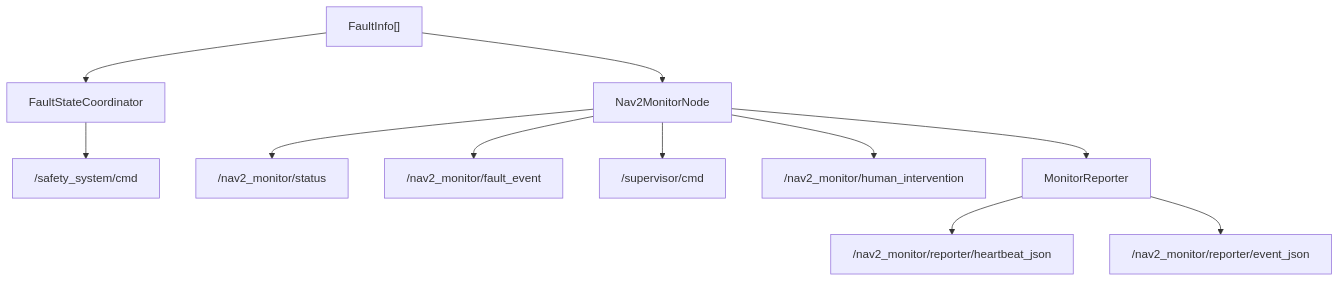
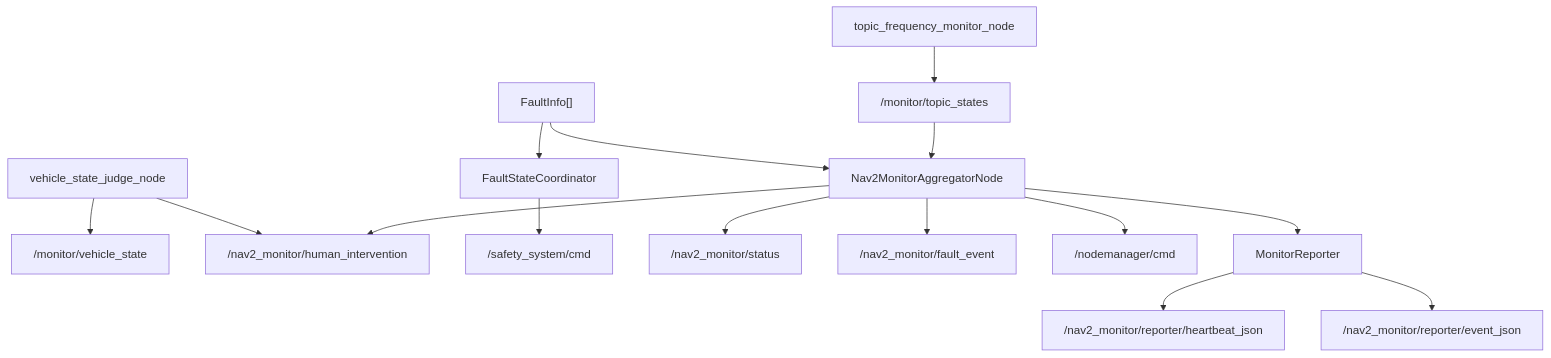
Before and after one commit to forever-wp/monitor_system: the sixth of 7 diagrams in docs/project_architecture.md, drawn with Mermaid. The commit also changed other lines of this file and 81 other files, not shown here.

````diff
--- a/docs/project_architecture.md
+++ b/docs/project_architecture.md
@@ -181,13 +181,17 @@
 ```mermaid
 flowchart TB
   Faults["FaultInfo[]"] --> Coordinator["FaultStateCoordinator"]
-  Faults --> Node["Nav2MonitorNode"]
+  Faults --> Node["Nav2MonitorAggregatorNode"]
+  TopicFreq["topic_frequency_monitor_node"] --> TopicStates["/monitor/topic_states"]
+  TopicStates --> Node
+  VehicleJudge["vehicle_state_judge_node"] --> VehicleState["/monitor/vehicle_state"]
+  VehicleJudge --> Human
   Coordinator --> SafetyCmd["/safety_system/cmd"]
   Node --> Status["/nav2_monitor/status"]
   Node --> Event["/nav2_monitor/fault_event"]
-  Node --> Supervisor["/supervisor/cmd"]
+  Node --> NodeManager["/nodemanager/cmd"]
   Node --> Human["/nav2_monitor/human_intervention"]
   Node --> Reporter["MonitorReporter"]
   Reporter --> Heartbeat["/nav2_monitor/reporter/heartbeat_json"]
   Reporter --> EventJson["/nav2_monitor/reporter/event_json"]
 ```
````
